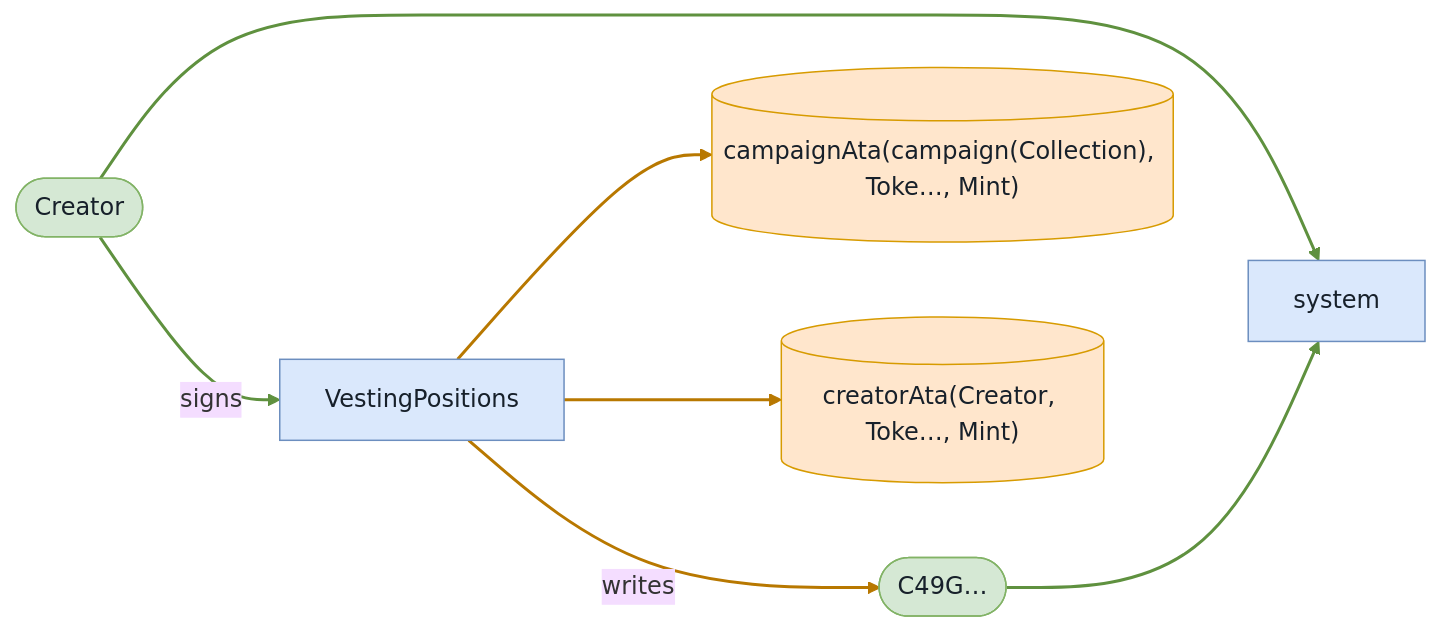
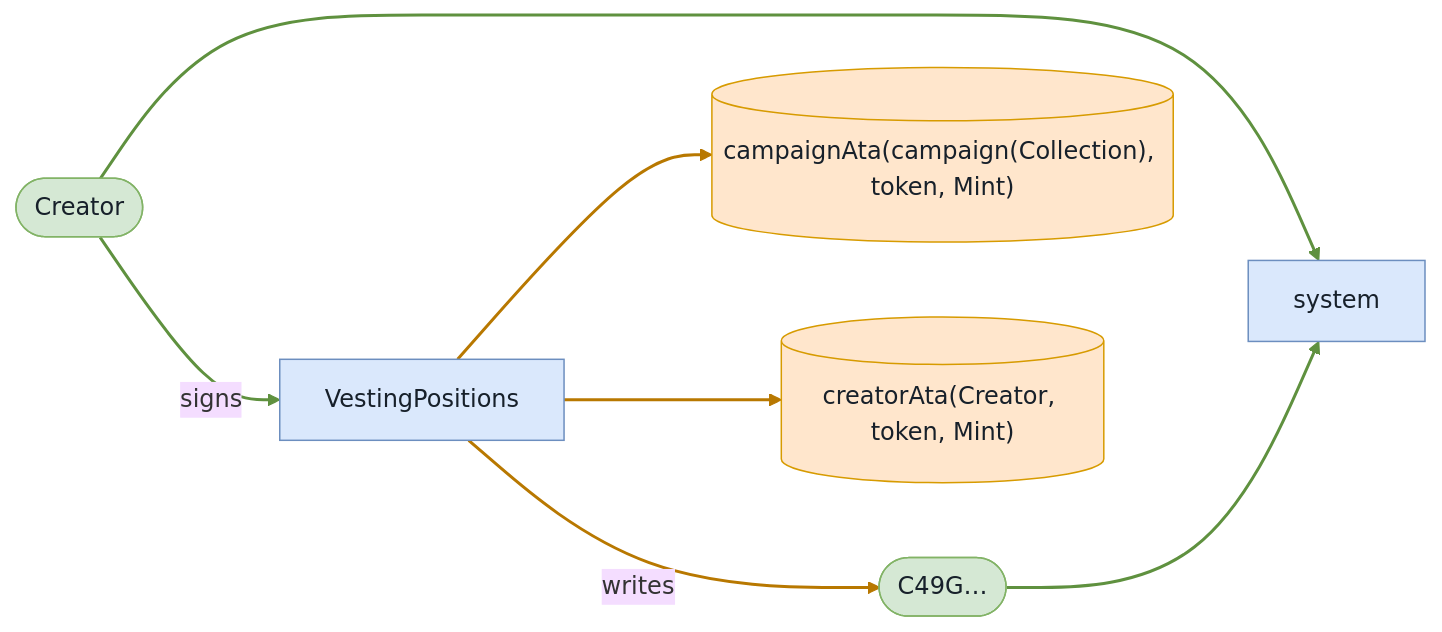
One commit to cds-turbin3/vesting-position changed the fifth of 6 diagrams in babelfish-tests/test-report/clawback_unclaimed_before_grace_fails.md. Above: the diagram before and after it, drawn with Mermaid (base theme). The commit also changed other lines of this file and 104 other files, not shown here.

````diff
--- a/babelfish-tests/test-report/clawback_unclaimed_before_grace_fails.md
+++ b/babelfish-tests/test-report/clawback_unclaimed_before_grace_fails.md
@@ -222,20 +222,20 @@
 ```mermaid
 flowchart LR
     VestingPositions["VestingPositions"]:::program
     Creator(["Creator"]):::signer
     C49G(["C49G…"]):::signer
-    campaignAtacampaignCollectionTokeMint[("campaignAta(campaign(Collection), Toke…, Mint)")]:::state
-    creatorAtaCreatorTokeMint[("creatorAta(Creator, Toke…, Mint)")]:::state
+    campaignAtacampaignCollectiontokenMint[("campaignAta(campaign(Collection), token, Mint)")]:::state
+    creatorAtaCreatortokenMint[("creatorAta(Creator, token, Mint)")]:::state
     system["system"]:::program
     Creator -->|signs| VestingPositions
     VestingPositions -->|writes| C49G
-    VestingPositions --> campaignAtacampaignCollectionTokeMint
-    VestingPositions --> creatorAtaCreatorTokeMint
+    VestingPositions --> campaignAtacampaignCollectiontokenMint
+    VestingPositions --> creatorAtaCreatortokenMint
     Creator --> system
     C49G --> system
     classDef program fill:#dae8fc,stroke:#6c8ebf,color:#17202a;
     classDef signer fill:#d5e8d4,stroke:#82b366,color:#17202a;
     classDef state fill:#ffe6cc,stroke:#d79b00,color:#17202a;
     linkStyle 0,4,5 stroke:#5f913f,stroke-width:2px
     linkStyle 1,2,3 stroke:#b87800,stroke-width:2px
 ```
````
